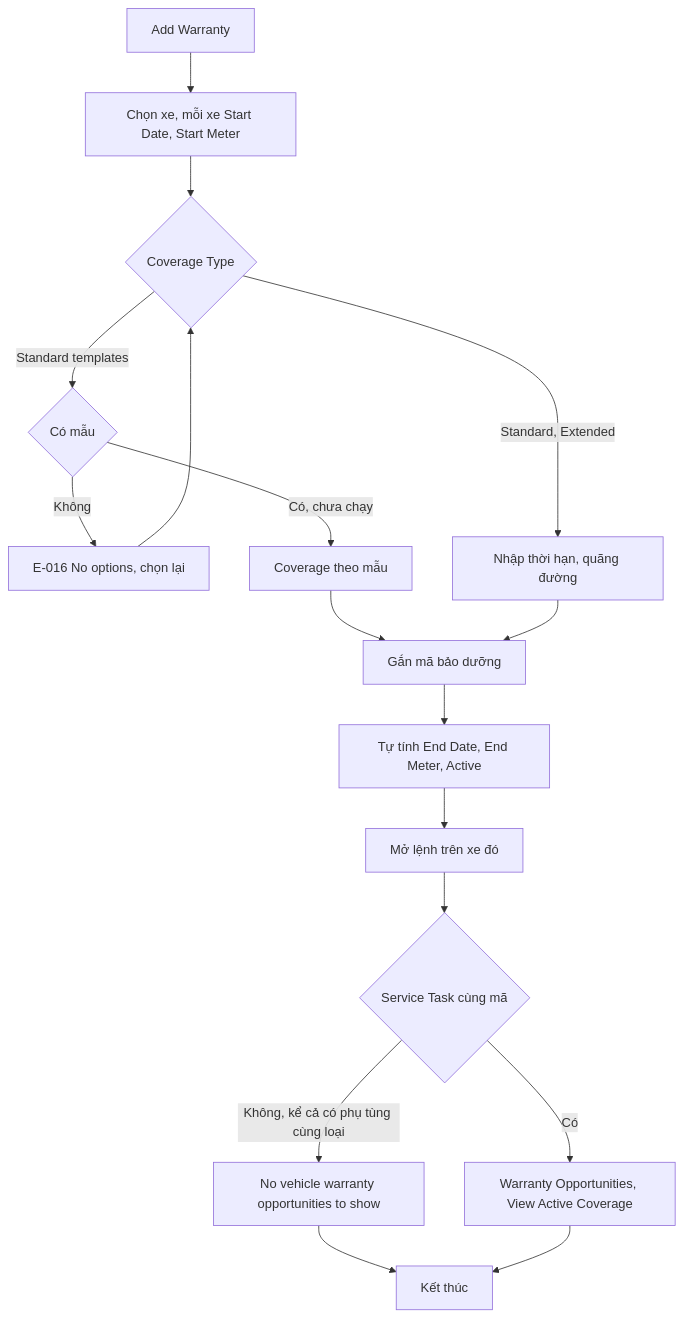
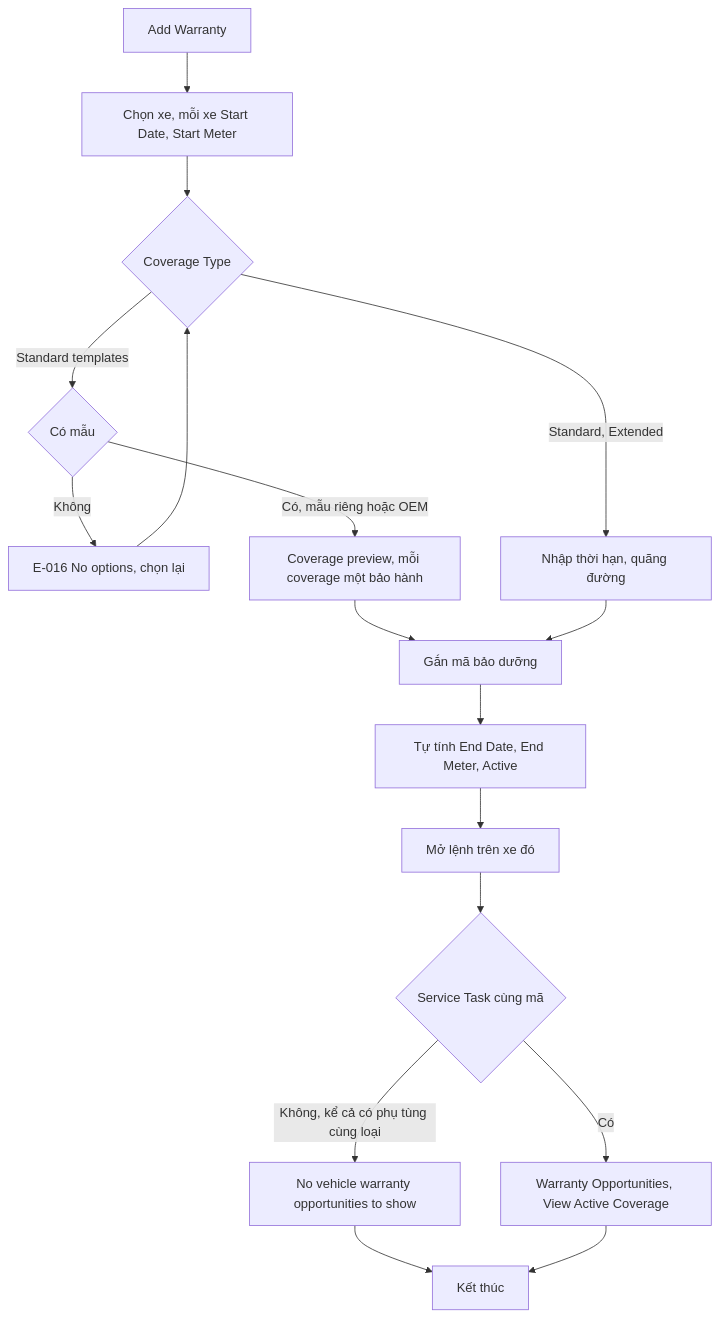
Before and after one commit to szitphan/invlogis: the eighth of 18 diagrams in docs/_research/fleetio/srs/fleetio-vehicle-flows.md, drawn with Mermaid. The commit also changed other lines of this file and 61 other files, not shown here.

First line of the commit message:
research: Fleetio lượt 5, Forecast, trạng thái lệnh, mẫu bảo hành, Motor Pool, Shop Network

````diff
--- a/docs/_research/fleetio/srs/fleetio-vehicle-flows.md
+++ b/docs/_research/fleetio/srs/fleetio-vehicle-flows.md
@@ -179,19 +179,19 @@
 ```mermaid
 flowchart TD
     A["Add Warranty"] --> B["Chọn xe, mỗi xe Start Date, Start Meter"]
     B --> C{"Coverage Type"}
     C -->|"Standard templates"| T{"Có mẫu"}
     T -->|"Không"| U["E-016 No options, chọn lại"]
     U --> C
-    T -->|"Có, chưa chạy"| D["Coverage theo mẫu"]
+    T -->|"Có, mẫu riêng hoặc OEM"| D["Coverage preview, mỗi coverage một bảo hành"]
     C -->|"Standard, Extended"| D2["Nhập thời hạn, quãng đường"]
     D --> E["Gắn mã bảo dưỡng"]
     D2 --> E
     E --> F["Tự tính End Date, End Meter, Active"]
     F --> G["Mở lệnh trên xe đó"]
     G --> H{"Service Task cùng mã"}
     H -->|"Không, kể cả có phụ tùng cùng loại"| I["No vehicle warranty opportunities to show"]
     H -->|"Có"| J["Warranty Opportunities, View Active Coverage"]
     I --> K["Kết thúc"]
     J --> K
 ```
````
